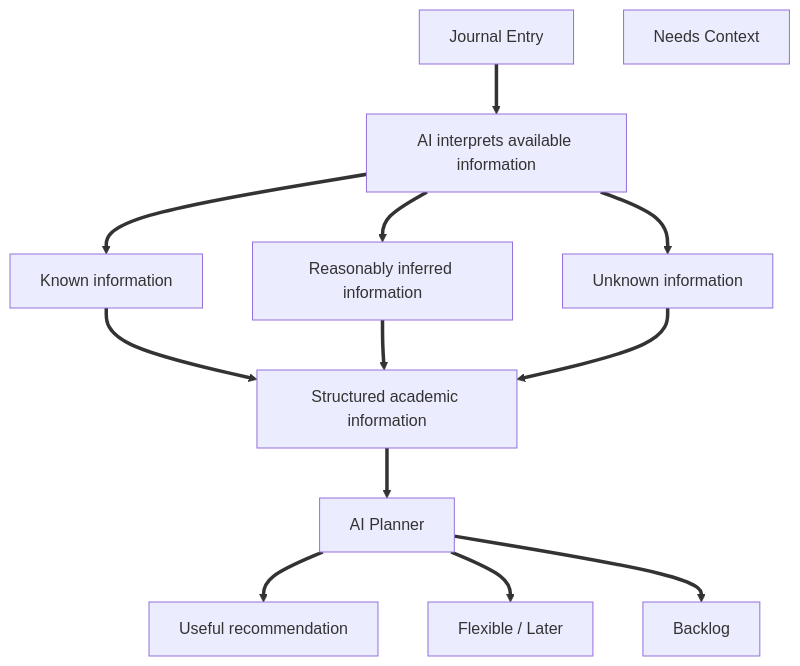
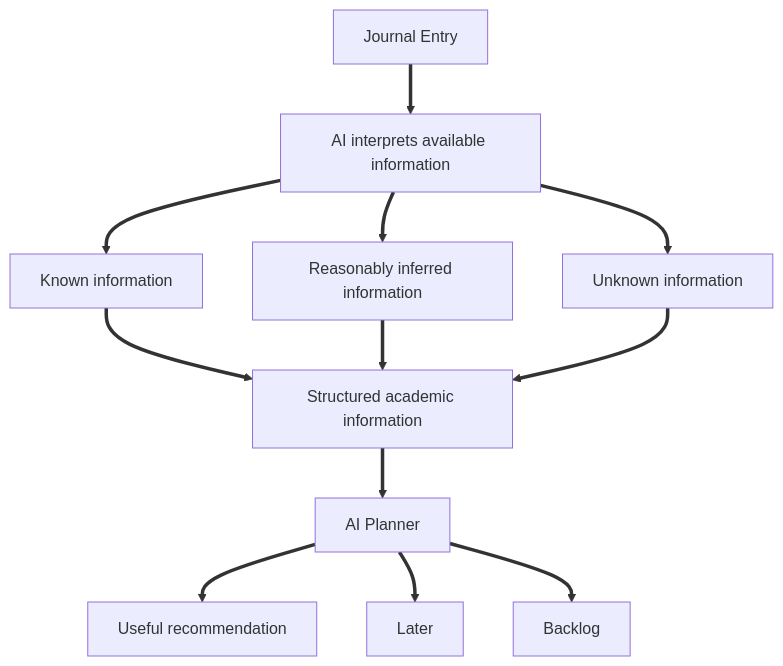
The seventh of 9 diagrams in docs/system-workflows.md (Peezzied/nyare), drawn with Mermaid before and after one commit. The commit also changed 7 other files, not shown here.

First line of the commit message:
docs(agents): update tri-state planning definitions and graph wiki

````diff
--- a/docs/system-workflows.md
+++ b/docs/system-workflows.md
@@ -222,27 +222,27 @@
 ```mermaid
 flowchart TD
     Journal[Journal Entry]
     AI[AI interprets available information]
     Known[Known information]
     Inferred[Reasonably inferred information]
     Unknown[Unknown information]
     AcademicInfo[Structured academic information]
     Planner[AI Planner]
     Useful[Useful recommendation]
-    Flexible[Flexible / Later]
-    NeedsContext[Needs Context]
+    Later[Later]
+    Backlog[Backlog]
 
     Journal ==> AI
     AI ==> Known
     AI ==> Inferred
     AI ==> Unknown
 
     Known ==> AcademicInfo
     Inferred ==> AcademicInfo
     Unknown ==> AcademicInfo
 
     AcademicInfo ==> Planner
     Planner ==> Useful
-    Planner ==> Flexible
+    Planner ==> Later
     Planner ==> Backlog
 ```
````
